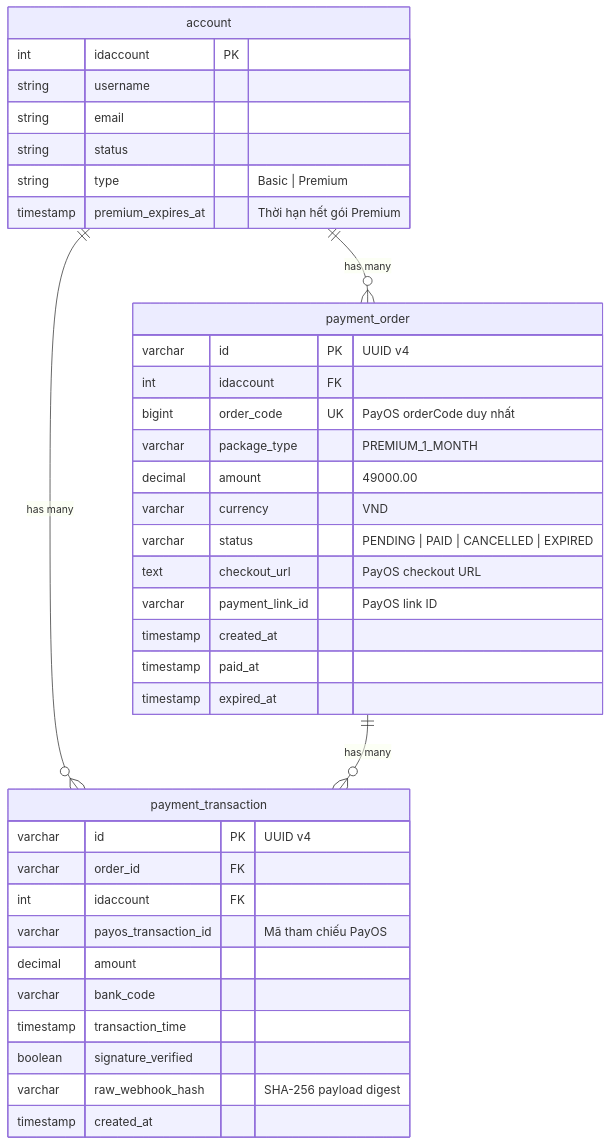
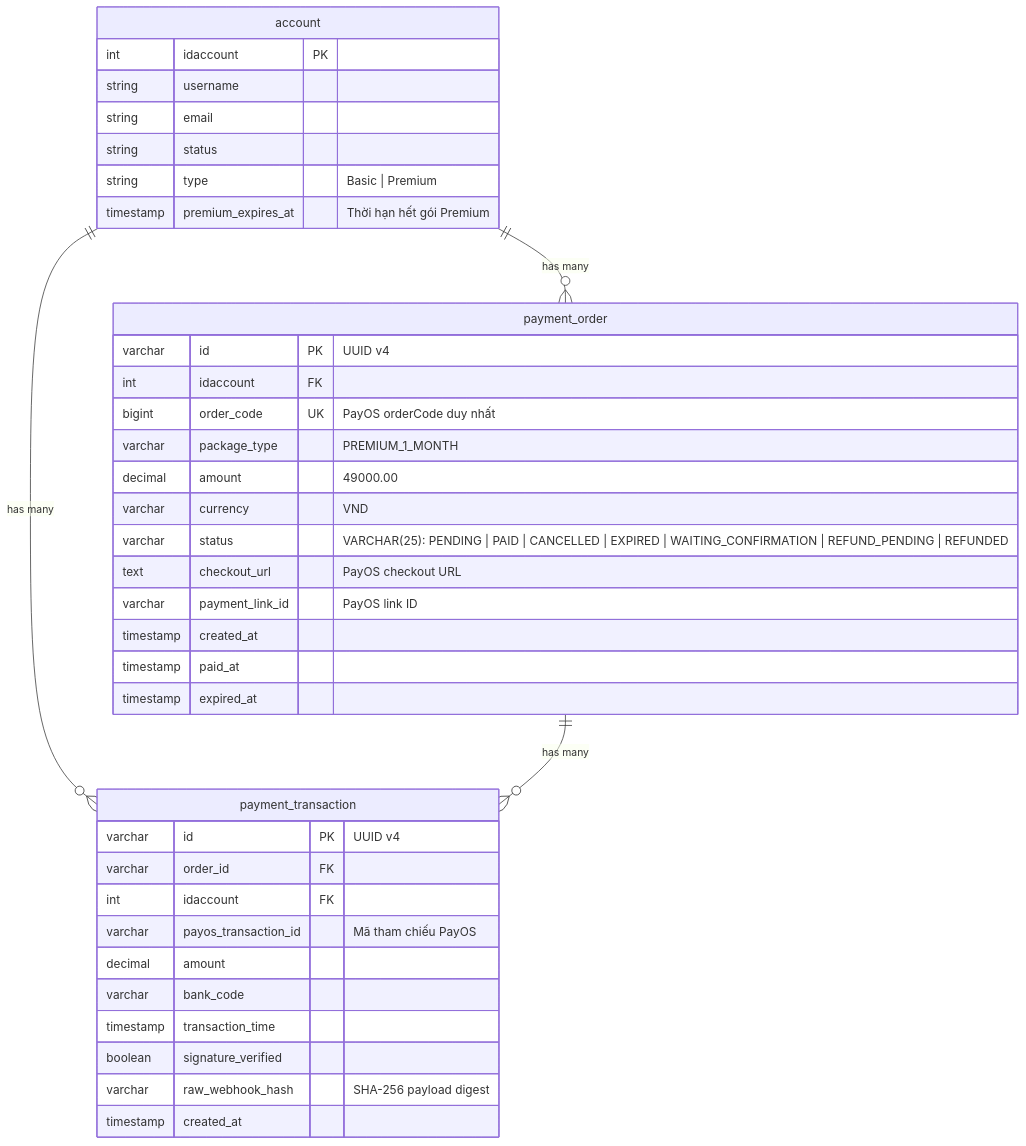
One commit to NguyenPhuBao/ManagementFinance changed the diagram in docs/Payment/PAYMENT_PAYOS_SPEC.md. Above: the diagram before and after it, drawn with Mermaid. The commit also changed other lines of this file and 36 other files, not shown here.

````diff
--- a/docs/Payment/PAYMENT_PAYOS_SPEC.md
+++ b/docs/Payment/PAYMENT_PAYOS_SPEC.md
@@ -47,43 +50,43 @@
 ```mermaid
 erDiagram
     account ||--o{ payment_order : "has many"
     account ||--o{ payment_transaction : "has many"
     payment_order ||--o{ payment_transaction : "has many"
 
     account {
         int idaccount PK
         string username
         string email
         string status
         string type "Basic | Premium"
         timestamp premium_expires_at "Thời hạn hết gói Premium"
     }
 
     payment_order {
         varchar id PK "UUID v4"
         int idaccount FK
         bigint order_code UK "PayOS orderCode duy nhất"
         varchar package_type "PREMIUM_1_MONTH"
         decimal amount "49000.00"
         varchar currency "VND"
-        varchar status "PENDING | PAID | CANCELLED | EXPIRED"
+        varchar status "VARCHAR(25): PENDING | PAID | CANCELLED | EXPIRED | WAITING_CONFIRMATION | REFUND_PENDING | REFUNDED"
         text checkout_url "PayOS checkout URL"
         varchar payment_link_id "PayOS link ID"
         timestamp created_at
         timestamp paid_at
         timestamp expired_at
     }
 
     payment_transaction {
         varchar id PK "UUID v4"
         varchar order_id FK
         int idaccount FK
         varchar payos_transaction_id "Mã tham chiếu PayOS"
         decimal amount
         varchar bank_code
         timestamp transaction_time
         boolean signature_verified
         varchar raw_webhook_hash "SHA-256 payload digest"
         timestamp created_at
     }
 ```
````
